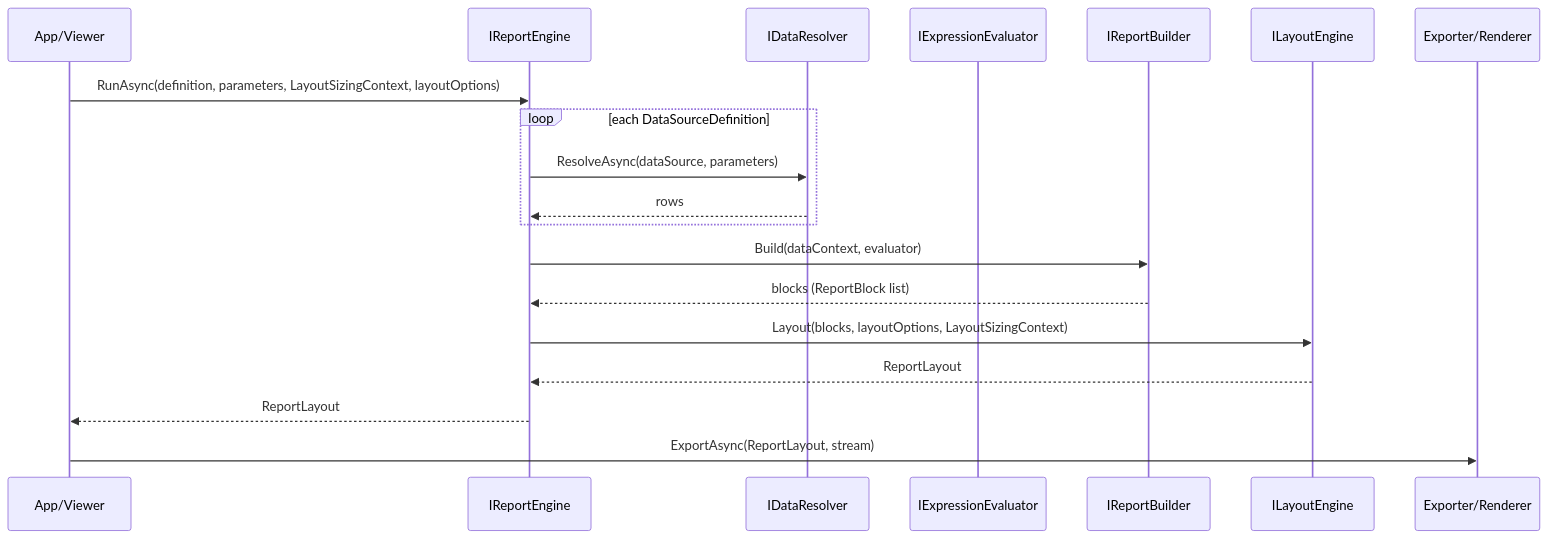
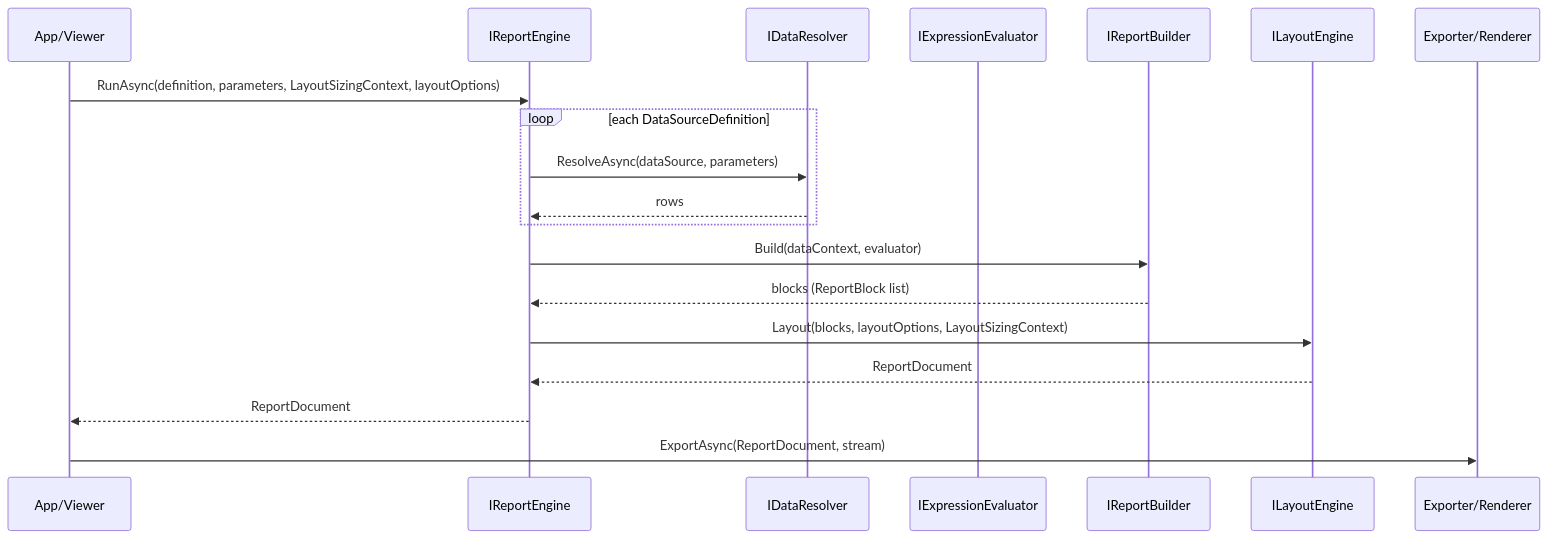
The diagram in docs/02-report-generation-flow.md (Netcodr81/kinetic-reports), drawn with Mermaid before and after one commit. The commit also changed other lines of this file and 53 other files, not shown here.

First line of the commit message:
Refactor report layout and rendering components

````diff
--- a/docs/02-report-generation-flow.md
+++ b/docs/02-report-generation-flow.md
@@ -7,22 +7,22 @@
 ```mermaid
 sequenceDiagram
 	participant Caller as App/Viewer
 	participant Engine as IReportEngine
 	participant Resolver as IDataResolver
 	participant Eval as IExpressionEvaluator
 	participant Builder as IReportBuilder
 	participant Layout as ILayoutEngine
 	participant Export as Exporter/Renderer
 
 	Caller->>Engine: RunAsync(definition, parameters, LayoutSizingContext, layoutOptions)
 	loop each DataSourceDefinition
 		Engine->>Resolver: ResolveAsync(dataSource, parameters)
 		Resolver-->>Engine: rows
 	end
 	Engine->>Builder: Build(dataContext, evaluator)
 	Builder-->>Engine: blocks (ReportBlock list)
 	Engine->>Layout: Layout(blocks, layoutOptions, LayoutSizingContext)
-	Layout-->>Engine: ReportLayout
-	Engine-->>Caller: ReportLayout
-	Caller->>Export: ExportAsync(ReportLayout, stream)
+	Layout-->>Engine: ReportDocument
+	Engine-->>Caller: ReportDocument
+	Caller->>Export: ExportAsync(ReportDocument, stream)
 ```
````
